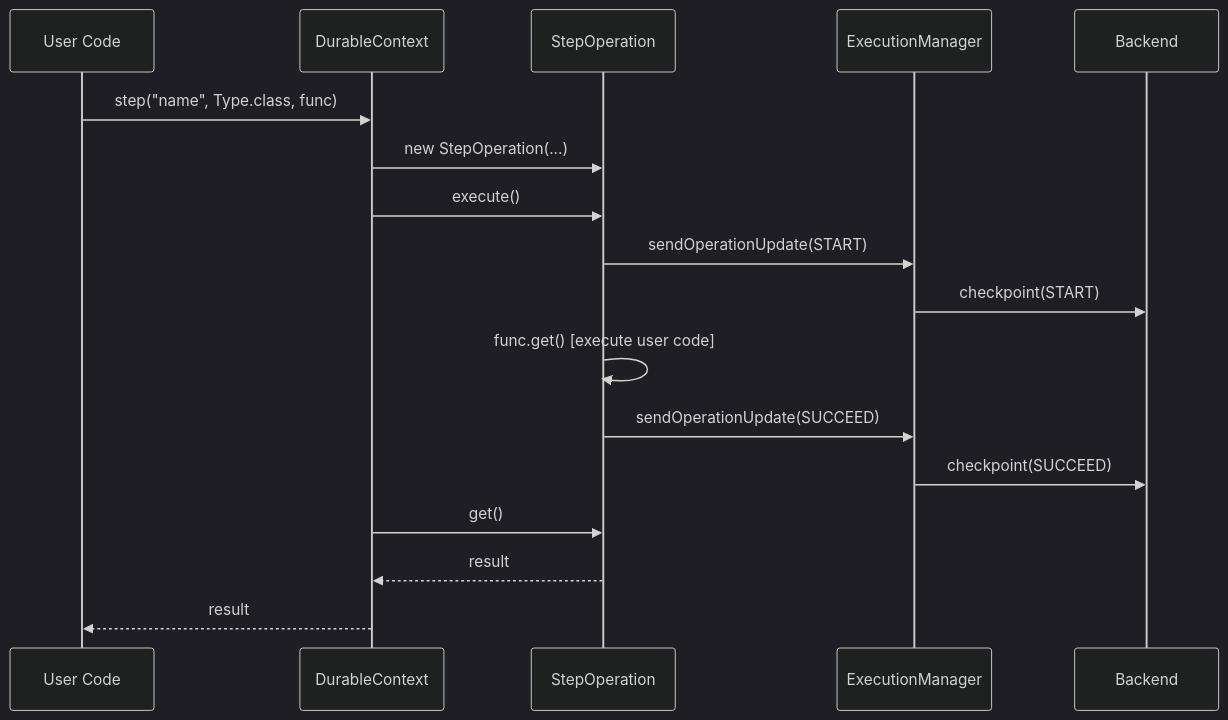
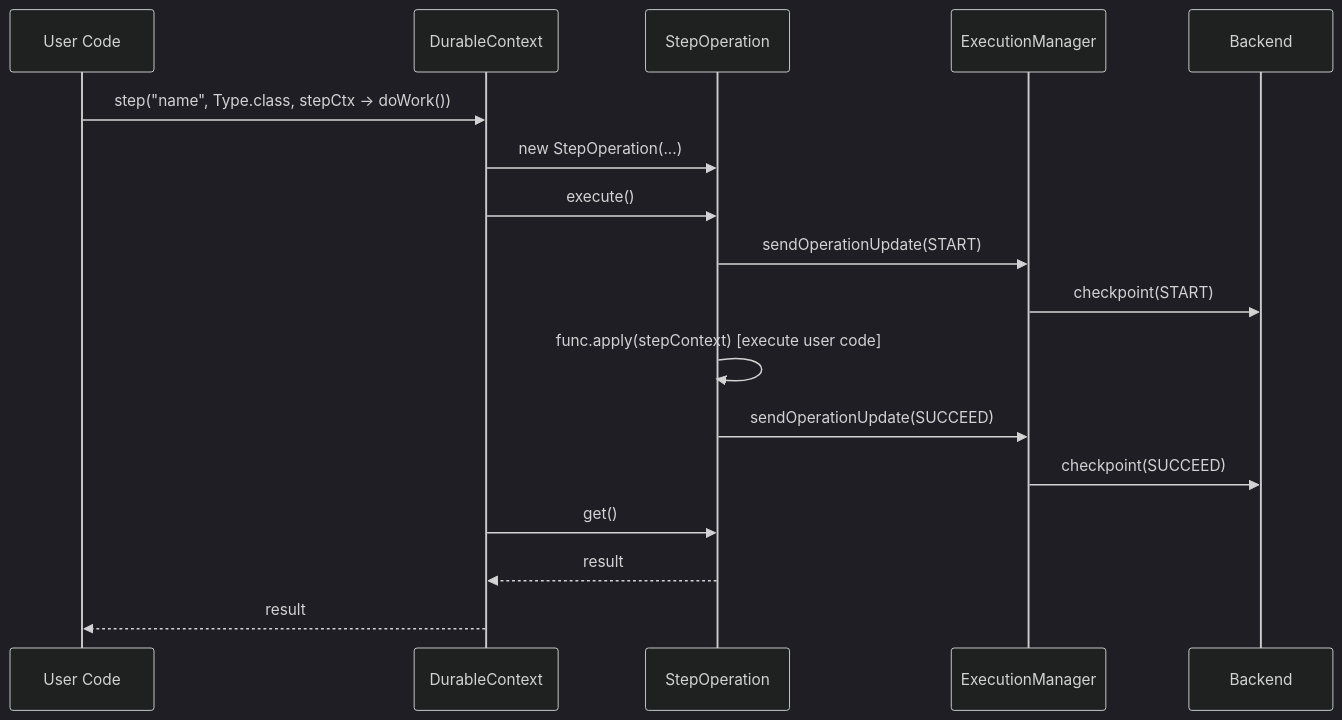
The first of 3 diagrams in docs/design.md (aws/aws-durable-execution-sdk-java), drawn with Mermaid (dark theme) before and after one commit. The commit also changed other lines of this file and 11 other files, not shown here.

````diff
--- a/docs/design.md
+++ b/docs/design.md
@@ -289,23 +384,23 @@
 ```mermaid
 sequenceDiagram
     participant UC as User Code
     participant DC as DurableContext
     participant SO as StepOperation
     participant EM as ExecutionManager
     participant Backend
 
-    UC->>DC: step("name", Type.class, func)
+    UC->>DC: step("name", Type.class, stepCtx -> doWork())
     DC->>SO: new StepOperation(...)
     DC->>SO: execute()
     SO->>EM: sendOperationUpdate(START)
     EM->>Backend: checkpoint(START)
     
-    SO->>SO: func.get() [execute user code]
+    SO->>SO: func.apply(stepContext) [execute user code]
     
     SO->>EM: sendOperationUpdate(SUCCEED)
     EM->>Backend: checkpoint(SUCCEED)
     
     DC->>SO: get()
     SO-->>DC: result
     DC-->>UC: result
 ```
````
